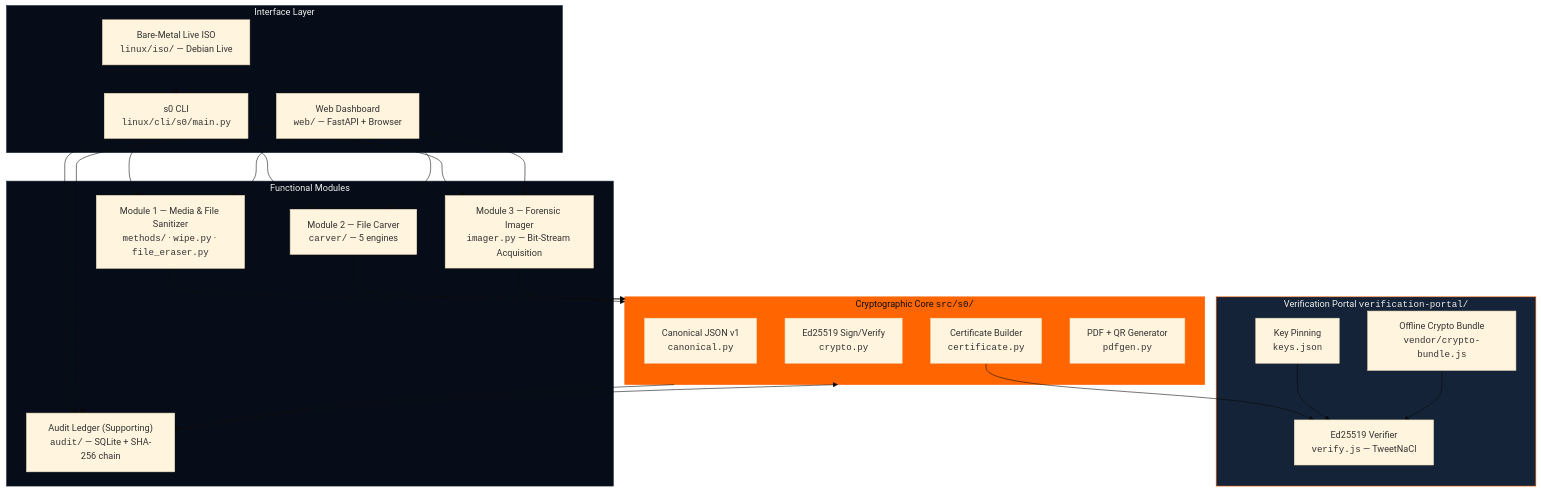
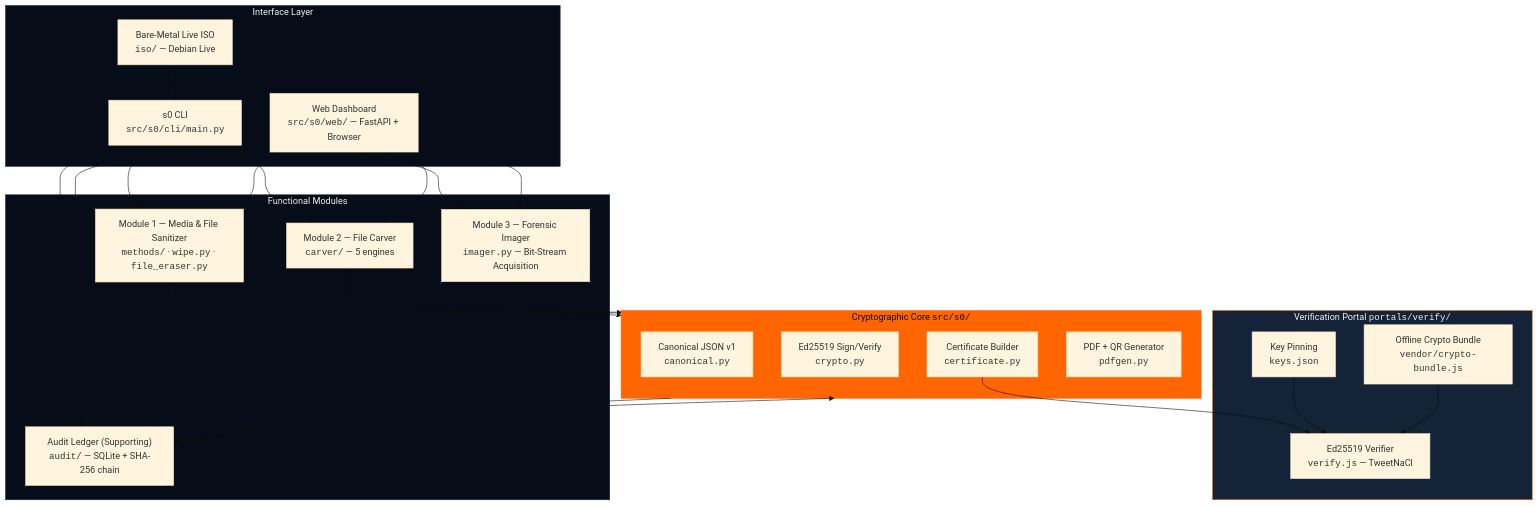
The first of 6 diagrams in docs/architecture/system-architecture.md (kartik2005221/s0), drawn with Mermaid (base theme) before and after one commit. The commit also changed other lines of this file and 319 other files, not shown here.

First line of the commit message:
refactor(layout): honest top-level paths for tests, portals, iso and tools

````diff
--- a/docs/architecture/system-architecture.md
+++ b/docs/architecture/system-architecture.md
@@ -13,45 +13,45 @@
 ```mermaid
 graph TB
     subgraph UI["Interface Layer"]
-        CLI["s0 CLI<br/><code>linux/cli/s0/main.py</code>"]
-        GUI["Web Dashboard<br/><code>web/</code> — FastAPI + Browser"]
-        ISO["Bare-Metal Live ISO<br/><code>linux/iso/</code> — Debian Live"]
+        CLI["s0 CLI<br/><code>src/s0/cli/main.py</code>"]
+        GUI["Web Dashboard<br/><code>src/s0/web/</code> — FastAPI + Browser"]
+        ISO["Bare-Metal Live ISO<br/><code>iso/</code> — Debian Live"]
     end
 
     subgraph MODULES["Functional Modules"]
         M1["Module 1 — Media & File Sanitizer<br/><code>methods/</code> · <code>wipe.py</code> · <code>file_eraser.py</code>"]
         M2["Module 2 — File Carver<br/><code>carver/</code> — 5 engines"]
         M3["Module 3 — Forensic Imager<br/><code>imager.py</code> — Bit-Stream Acquisition"]
         M4["Audit Ledger (Supporting)<br/><code>audit/</code> — SQLite + SHA-256 chain"]
     end
 
     subgraph CORE["Cryptographic Core  <code>src/s0/</code>"]
         CANON["Canonical JSON v1<br/><code>canonical.py</code>"]
         CRYPTO["Ed25519 Sign/Verify<br/><code>crypto.py</code>"]
         CERT["Certificate Builder<br/><code>certificate.py</code>"]
         PDF["PDF + QR Generator<br/><code>pdfgen.py</code>"]
     end
 
-    subgraph VERIFY["Verification Portal  <code>verification-portal/</code>"]
+    subgraph VERIFY["Verification Portal  <code>portals/verify/</code>"]
         VP_JS["Ed25519 Verifier<br/><code>verify.js</code> — TweetNaCl"]
         VP_KEYS["Key Pinning<br/><code>keys.json</code>"]
         VP_CRYPTO["Offline Crypto Bundle<br/><code>vendor/crypto-bundle.js</code>"]
     end
 
     CLI --> M1 & M2 & M3 & M4
     GUI --> M1 & M2 & M3 & M4
     ISO --> CLI
 
     M1 & M2 & M3 --> CORE
     M4 --> CORE
 
     CORE --> M4
     CERT --> VP_JS
     VP_KEYS --> VP_JS
     VP_CRYPTO --> VP_JS
 
     style CORE fill:#FF6500,color:#070D18,stroke:#FF6500
     style VERIFY fill:#142338,color:#EEEEEE,stroke:#FF6500
     style MODULES fill:#070D18,color:#EEEEEE,stroke:#142338
     style UI fill:#070D18,color:#EEEEEE,stroke:#142338
 ```
````
